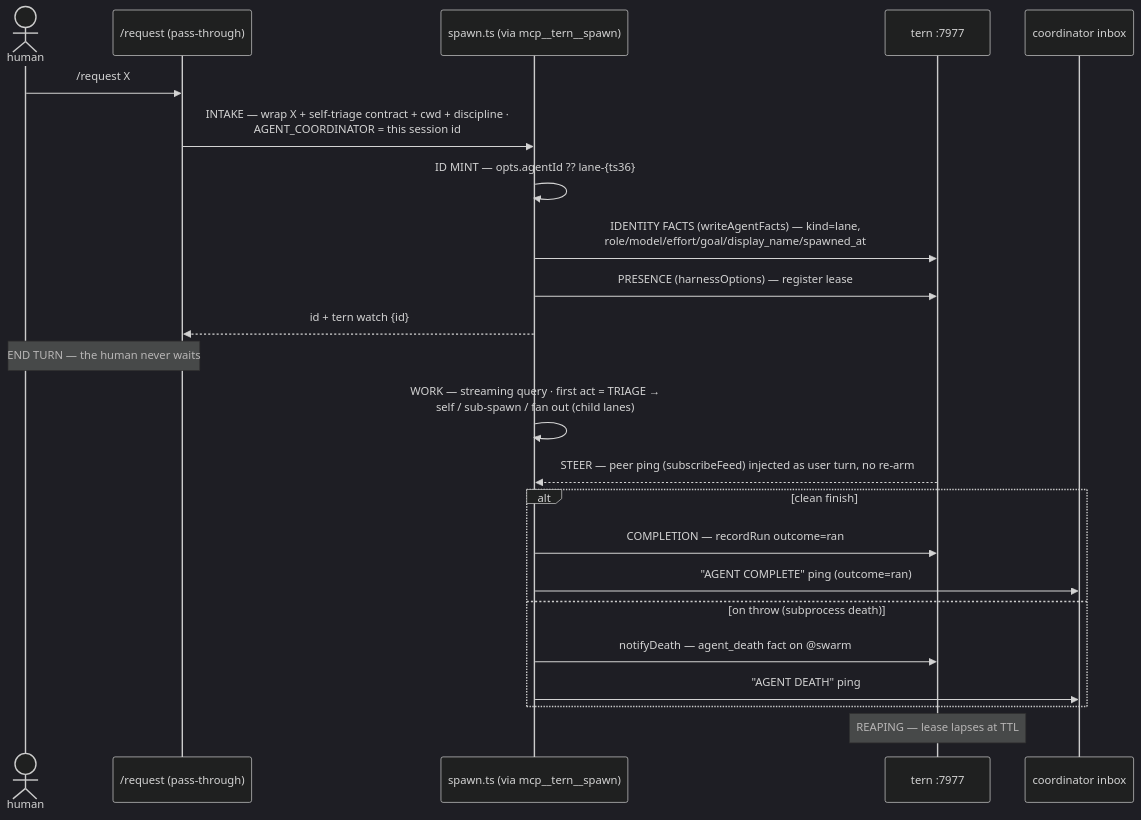
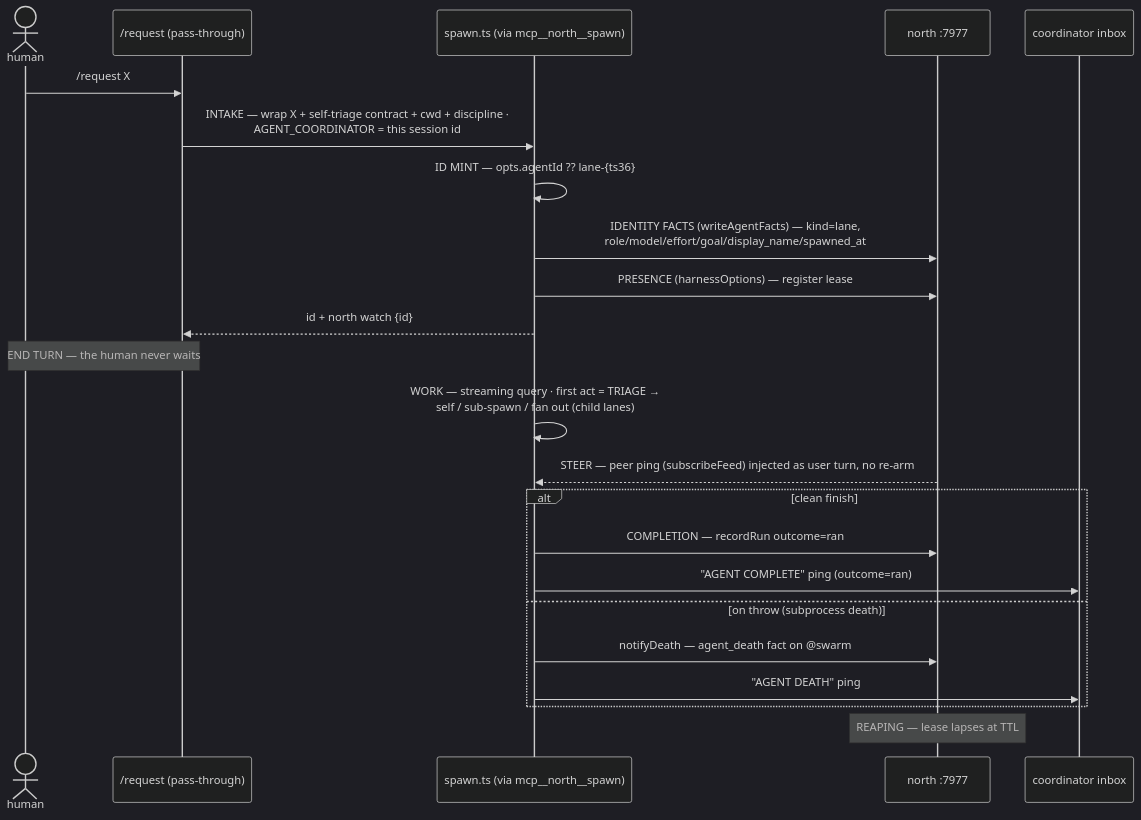
The fourth of 10 diagrams in dotfiles/claude/docs/workflow-map.md (tompassarelli/firn), drawn with Mermaid (dark theme) before and after one commit. The commit also changed other lines of this file and 7 other files, not shown here.

First line of the commit message:
rename(docs): tern→north — workflow-map, north.md, agent-protocol, praxis

````diff
--- a/dotfiles/claude/docs/workflow-map.md
+++ b/dotfiles/claude/docs/workflow-map.md
@@ -142,25 +142,25 @@
 ```mermaid
 sequenceDiagram
     actor H as human
     participant R as /request (pass-through)
-    participant SP as spawn.ts (via mcp__tern__spawn)
-    participant T as tern :7977
+    participant SP as spawn.ts (via mcp__north__spawn)
+    participant T as north :7977
     participant CO as coordinator inbox
     H->>R: /request X
     R->>SP: INTAKE — wrap X + self-triage contract + cwd + discipline ·<br/>AGENT_COORDINATOR = this session id
     SP->>SP: ID MINT — opts.agentId ?? lane-{ts36}
     SP->>T: IDENTITY FACTS (writeAgentFacts) — kind=lane,<br/>role/model/effort/goal/display_name/spawned_at
     SP->>T: PRESENCE (harnessOptions) — register lease
-    SP-->>R: id + tern watch {id}
+    SP-->>R: id + north watch {id}
     Note over H,R: END TURN — the human never waits
     SP->>SP: WORK — streaming query · first act = TRIAGE →<br/>self / sub-spawn / fan out (child lanes)
     T-->>SP: STEER — peer ping (subscribeFeed) injected as user turn, no re-arm
     alt clean finish
         SP->>T: COMPLETION — recordRun outcome=ran
         SP->>CO: "AGENT COMPLETE" ping (outcome=ran)
     else on throw (subprocess death)
         SP->>T: notifyDeath — agent_death fact on @swarm
         SP->>CO: "AGENT DEATH" ping
     end
     Note over T: REAPING — lease lapses at TTL
 ```
````
